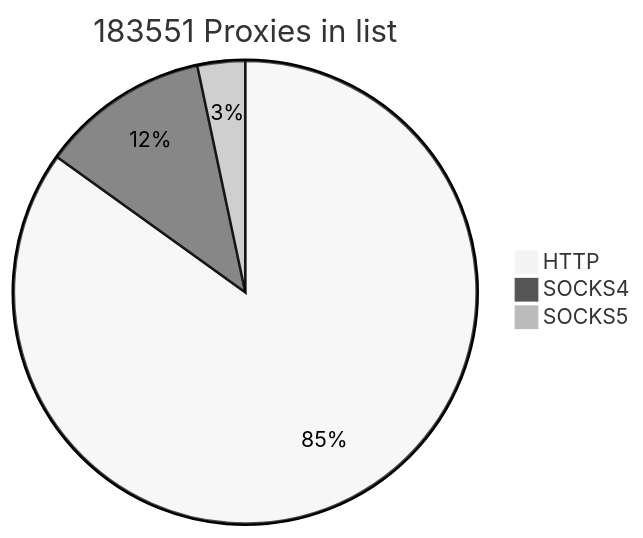
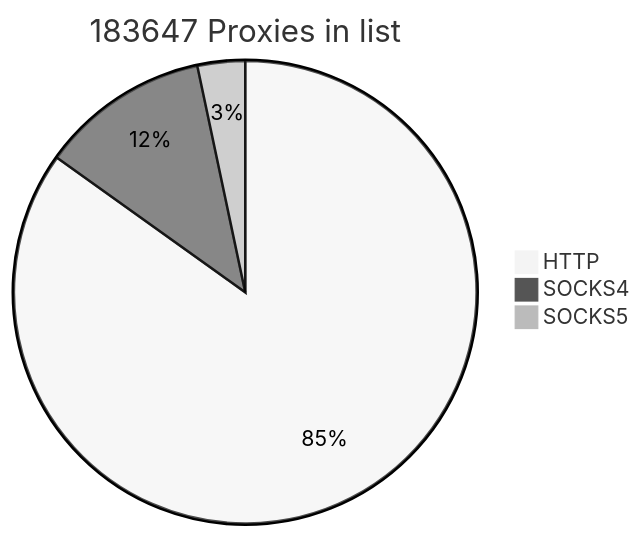
One commit to cutipu/proxylist changed the first of 2 diagrams in README.md. Above: the diagram before and after it, drawn with Mermaid (neutral theme). The commit also changed other lines of this file, not shown here.

````diff
--- a/README.md
+++ b/README.md
@@ -2,7 +2,7 @@
 ```mermaid
-pie title 183551 Proxies in list
-    "HTTP" : 155867
-    "SOCKS4" : 21583
-    "SOCKS5" : 6101
+pie title 183647 Proxies in list
+    "HTTP" : 155865
+    "SOCKS4" : 21680
+    "SOCKS5" : 6102
             
 ```
````
